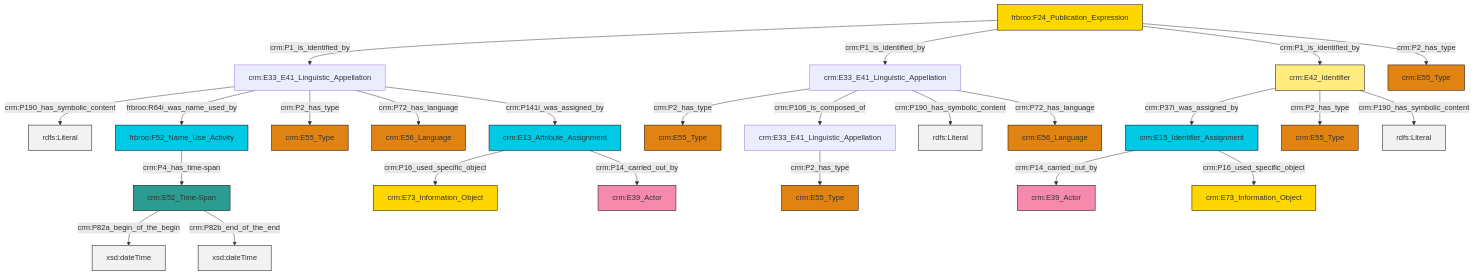
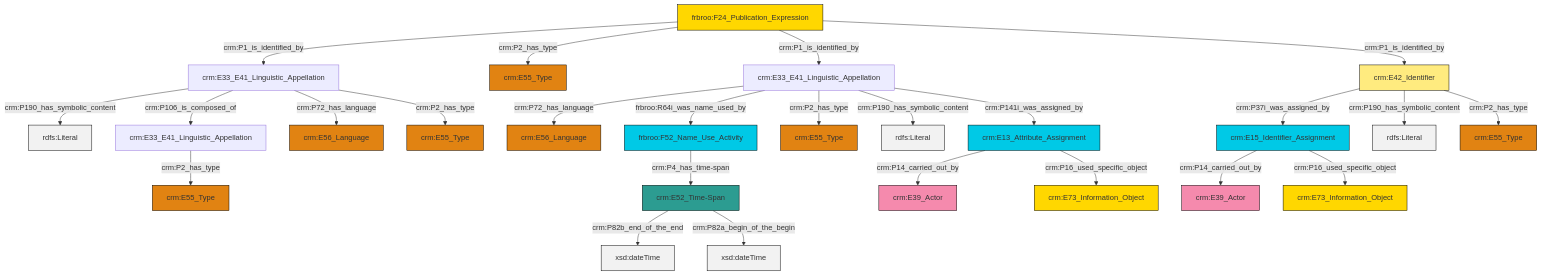
Before and after one commit to swiss-art-research-net/reference-data-models: the diagram in et/biblioCSV/ttl/mmd/biblio_name.ttl.mmd, drawn with Mermaid. The commit also changed 122 other files, not shown here.

```diff
--- a/et/biblioCSV/ttl/mmd/biblio_name.ttl.mmd
+++ b/et/biblioCSV/ttl/mmd/biblio_name.ttl.mmd
@@ -1,39 +1,39 @@
 graph TD
 classDef Literal fill:#f2f2f2,stroke:#000000;
 classDef CRM_Entity fill:#FFFFFF,stroke:#000000;
 classDef Temporal_Entity fill:#00C9E6, stroke:#000000;
 classDef Type fill:#E18312, stroke:#000000;
 classDef Time-Span fill:#2C9C91, stroke:#000000;
 classDef Appellation fill:#FFEB7F, stroke:#000000;
 classDef Place fill:#008836, stroke:#000000;
 classDef Persistent_Item fill:#B266B2, stroke:#000000;
 classDef Conceptual_Object fill:#FFD700, stroke:#000000;
 classDef Physical_Thing fill:#D2B48C, stroke:#000000;
 classDef Actor fill:#f58aad, stroke:#000000;
 classDef PC_Classes fill:#4ce600, stroke:#000000;
 classDef Multi fill:#cccccc,stroke:#000000;
 
-0["crm:E33_E41_Linguistic_Appellation"]:::Default -->|crm:P2_has_type| 1["crm:E55_Type"]:::Type
-10["crm:E13_Attribute_Assignment"]:::Temporal_Entity -->|crm:P16_used_specific_object| 11["crm:E73_Information_Object"]:::Conceptual_Object
-14["crm:E42_Identifier"]:::Appellation -->|crm:P37i_was_assigned_by| 12["crm:E15_Identifier_Assignment"]:::Temporal_Entity
-5["frbroo:F24_Publication_Expression"]:::Conceptual_Object -->|crm:P1_is_identified_by| 3["crm:E33_E41_Linguistic_Appellation"]:::Default
-5["frbroo:F24_Publication_Expression"]:::Conceptual_Object -->|crm:P1_is_identified_by| 0["crm:E33_E41_Linguistic_Appellation"]:::Default
-0["crm:E33_E41_Linguistic_Appellation"]:::Default -->|crm:P106_is_composed_of| 20["crm:E33_E41_Linguistic_Appellation"]:::Default
-21["crm:E52_Time-Span"]:::Time-Span -->|crm:P82a_begin_of_the_begin| 22[xsd:dateTime]:::Literal
-3["crm:E33_E41_Linguistic_Appellation"]:::Default -->|crm:P190_has_symbolic_content| 24[rdfs:Literal]:::Literal
-0["crm:E33_E41_Linguistic_Appellation"]:::Default -->|crm:P190_has_symbolic_content| 25[rdfs:Literal]:::Literal
-5["frbroo:F24_Publication_Expression"]:::Conceptual_Object -->|crm:P1_is_identified_by| 14["crm:E42_Identifier"]:::Appellation
-5["frbroo:F24_Publication_Expression"]:::Conceptual_Object -->|crm:P2_has_type| 30["crm:E55_Type"]:::Type
-21["crm:E52_Time-Span"]:::Time-Span -->|crm:P82b_end_of_the_end| 32[xsd:dateTime]:::Literal
-12["crm:E15_Identifier_Assignment"]:::Temporal_Entity -->|crm:P14_carried_out_by| 26["crm:E39_Actor"]:::Actor
-3["crm:E33_E41_Linguistic_Appellation"]:::Default -->|frbroo:R64i_was_name_used_by| 33["frbroo:F52_Name_Use_Activity"]:::Temporal_Entity
-3["crm:E33_E41_Linguistic_Appellation"]:::Default -->|crm:P2_has_type| 28["crm:E55_Type"]:::Type
-12["crm:E15_Identifier_Assignment"]:::Temporal_Entity -->|crm:P16_used_specific_object| 37["crm:E73_Information_Object"]:::Conceptual_Object
-0["crm:E33_E41_Linguistic_Appellation"]:::Default -->|crm:P72_has_language| 15["crm:E56_Language"]:::Type
-33["frbroo:F52_Name_Use_Activity"]:::Temporal_Entity -->|crm:P4_has_time-span| 21["crm:E52_Time-Span"]:::Time-Span
-14["crm:E42_Identifier"]:::Appellation -->|crm:P2_has_type| 17["crm:E55_Type"]:::Type
-10["crm:E13_Attribute_Assignment"]:::Temporal_Entity -->|crm:P14_carried_out_by| 7["crm:E39_Actor"]:::Actor
-14["crm:E42_Identifier"]:::Appellation -->|crm:P190_has_symbolic_content| 42[rdfs:Literal]:::Literal
-20["crm:E33_E41_Linguistic_Appellation"]:::Default -->|crm:P2_has_type| 44["crm:E55_Type"]:::Type
-3["crm:E33_E41_Linguistic_Appellation"]:::Default -->|crm:P72_has_language| 35["crm:E56_Language"]:::Type
-3["crm:E33_E41_Linguistic_Appellation"]:::Default -->|crm:P141i_was_assigned_by| 10["crm:E13_Attribute_Assignment"]:::Temporal_Entity
+2["crm:E15_Identifier_Assignment"]:::Temporal_Entity -->|crm:P14_carried_out_by| 3["crm:E39_Actor"]:::Actor
+4["crm:E33_E41_Linguistic_Appellation"]:::Default -->|crm:P190_has_symbolic_content| 5[rdfs:Literal]:::Literal
+13["crm:E52_Time-Span"]:::Time-Span -->|crm:P82b_end_of_the_end| 14[xsd:dateTime]:::Literal
+17["frbroo:F24_Publication_Expression"]:::Conceptual_Object -->|crm:P1_is_identified_by| 4["crm:E33_E41_Linguistic_Appellation"]:::Default
+18["crm:E33_E41_Linguistic_Appellation"]:::Default -->|crm:P72_has_language| 19["crm:E56_Language"]:::Type
+15["crm:E13_Attribute_Assignment"]:::Temporal_Entity -->|crm:P14_carried_out_by| 20["crm:E39_Actor"]:::Actor
+22["crm:E42_Identifier"]:::Appellation -->|crm:P37i_was_assigned_by| 2["crm:E15_Identifier_Assignment"]:::Temporal_Entity
+4["crm:E33_E41_Linguistic_Appellation"]:::Default -->|crm:P106_is_composed_of| 9["crm:E33_E41_Linguistic_Appellation"]:::Default
+17["frbroo:F24_Publication_Expression"]:::Conceptual_Object -->|crm:P2_has_type| 7["crm:E55_Type"]:::Type
+18["crm:E33_E41_Linguistic_Appellation"]:::Default -->|frbroo:R64i_was_name_used_by| 29["frbroo:F52_Name_Use_Activity"]:::Temporal_Entity
+13["crm:E52_Time-Span"]:::Time-Span -->|crm:P82a_begin_of_the_begin| 32[xsd:dateTime]:::Literal
+4["crm:E33_E41_Linguistic_Appellation"]:::Default -->|crm:P72_has_language| 11["crm:E56_Language"]:::Type
+22["crm:E42_Identifier"]:::Appellation -->|crm:P190_has_symbolic_content| 39[rdfs:Literal]:::Literal
+18["crm:E33_E41_Linguistic_Appellation"]:::Default -->|crm:P2_has_type| 26["crm:E55_Type"]:::Type
+17["frbroo:F24_Publication_Expression"]:::Conceptual_Object -->|crm:P1_is_identified_by| 18["crm:E33_E41_Linguistic_Appellation"]:::Default
+18["crm:E33_E41_Linguistic_Appellation"]:::Default -->|crm:P190_has_symbolic_content| 43[rdfs:Literal]:::Literal
+9["crm:E33_E41_Linguistic_Appellation"]:::Default -->|crm:P2_has_type| 24["crm:E55_Type"]:::Type
+2["crm:E15_Identifier_Assignment"]:::Temporal_Entity -->|crm:P16_used_specific_object| 0["crm:E73_Information_Object"]:::Conceptual_Object
+29["frbroo:F52_Name_Use_Activity"]:::Temporal_Entity -->|crm:P4_has_time-span| 13["crm:E52_Time-Span"]:::Time-Span
+4["crm:E33_E41_Linguistic_Appellation"]:::Default -->|crm:P2_has_type| 30["crm:E55_Type"]:::Type
+22["crm:E42_Identifier"]:::Appellation -->|crm:P2_has_type| 37["crm:E55_Type"]:::Type
+18["crm:E33_E41_Linguistic_Appellation"]:::Default -->|crm:P141i_was_assigned_by| 15["crm:E13_Attribute_Assignment"]:::Temporal_Entity
+17["frbroo:F24_Publication_Expression"]:::Conceptual_Object -->|crm:P1_is_identified_by| 22["crm:E42_Identifier"]:::Appellation
+15["crm:E13_Attribute_Assignment"]:::Temporal_Entity -->|crm:P16_used_specific_object| 33["crm:E73_Information_Object"]:::Conceptual_Object
```
